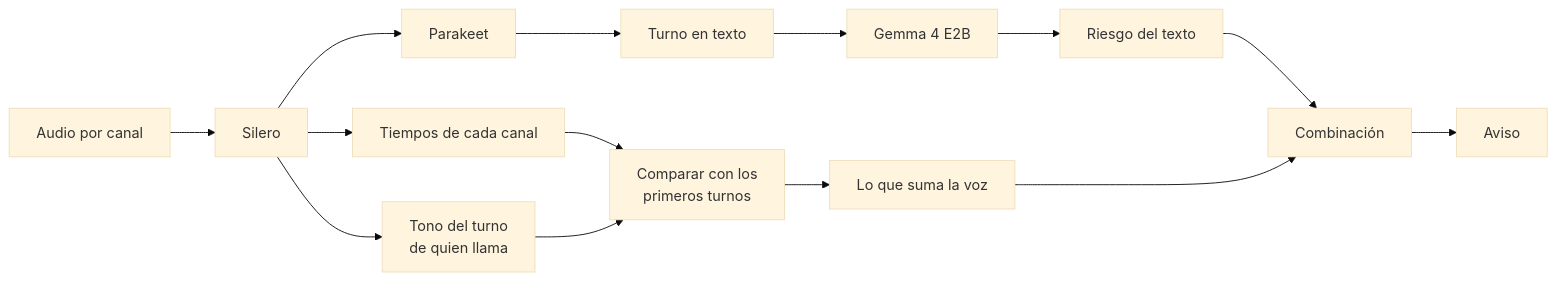
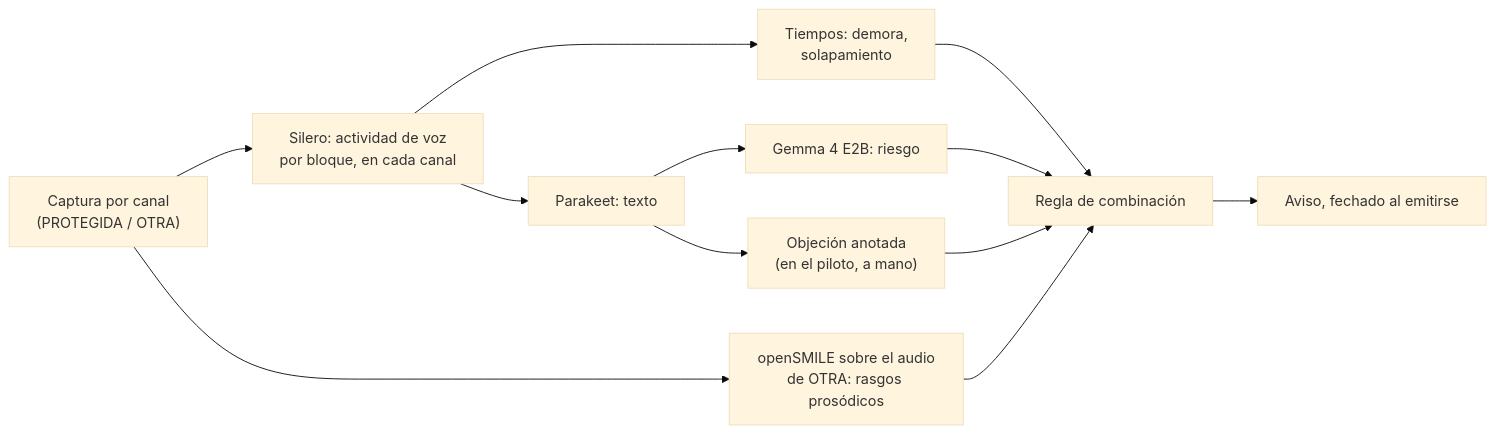
The diagram in docs/investigacion/MEJORA-FUTURA-ANALISIS-ACUSTICO.md (Corchets/bitacora_tesis), drawn with Mermaid (base theme) before and after one commit. The commit also changed other lines of this file and 1 other file, not shown here.

First line of the commit message:
docs: reescribir la propuesta acústica como pregunta, piloto, criterio y límites

````diff
--- a/docs/investigacion/MEJORA-FUTURA-ANALISIS-ACUSTICO.md
+++ b/docs/investigacion/MEJORA-FUTURA-ANALISIS-ACUSTICO.md
@@ -143,9 +86,13 @@
 ```mermaid
 flowchart LR
-    A["Audio por canal"] --> V["Silero"] --> P["Parakeet"] --> T["Turno en texto"] --> G["Gemma 4 E2B"] --> R["Riesgo del texto"]
-    V --> Q["Tiempos de cada canal"] --> N
-    V --> X["Tono del turno<br/>de quien llama"] --> N["Comparar con los<br/>primeros turnos"] --> S["Lo que suma la voz"]
-    R --> F["Combinación"]
-    S --> F
-    F --> AV["Aviso"]
+    C["Captura por canal<br/>(PROTEGIDA / OTRA)"] --> S["Silero: actividad de voz<br/>por bloque, en cada canal"]
+    S --> T["Tiempos: demora,<br/>solapamiento"]
+    S --> P["Parakeet: texto"] --> G["Gemma 4 E2B: riesgo"]
+    C --> O["openSMILE sobre el audio<br/>de OTRA: rasgos prosódicos"]
+    P --> A["Objeción anotada<br/>(en el piloto, a mano)"]
+    T --> R["Regla de combinación"]
+    O --> R
+    A --> R
+    G --> R
+    R --> AV["Aviso, fechado al emitirse"]
 ```
````
